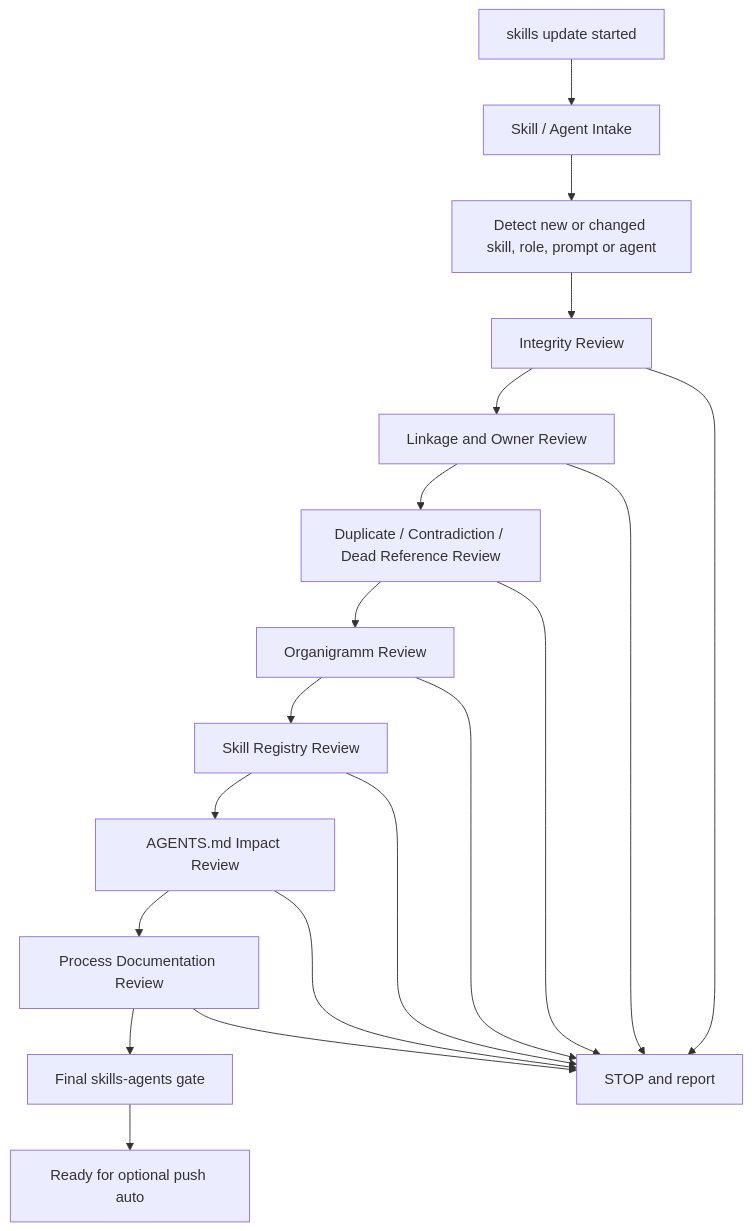
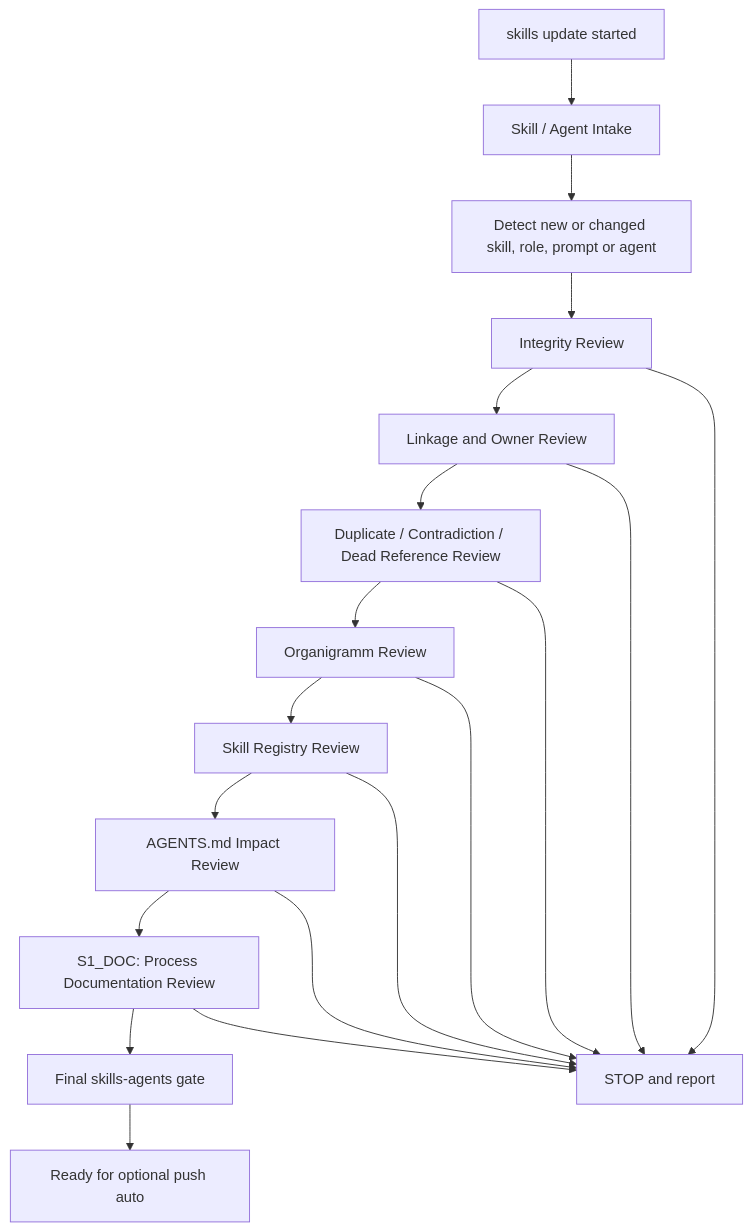
Before and after one commit to MatthiasBurger-Coder/forensic_analytics: the diagram in docs/process/skills-update.md, drawn with Mermaid. The commit also changed other lines of this file and 15 other files, not shown here.

````diff
--- a/docs/process/skills-update.md
+++ b/docs/process/skills-update.md
@@ -21,25 +25,25 @@
 ```mermaid
 flowchart TD
   Start["skills update started"]
   Intake["Skill / Agent Intake"]
   Detect["Detect new or changed skill, role, prompt or agent"]
   Integrity["Integrity Review"]
   Linkage["Linkage and Owner Review"]
   Conflict["Duplicate / Contradiction / Dead Reference Review"]
   Org["Organigramm Review"]
   Registry["Skill Registry Review"]
   Agents["AGENTS.md Impact Review"]
-  Docs["Process Documentation Review"]
+  Docs["S1_DOC: Process Documentation Review"]
   Gate["Final skills-agents gate"]
   Ready["Ready for optional push auto"]
   Stop["STOP and report"]
 
   Start --> Intake --> Detect --> Integrity --> Linkage --> Conflict --> Org --> Registry --> Agents --> Docs --> Gate --> Ready
   Integrity --> Stop
   Linkage --> Stop
   Conflict --> Stop
   Org --> Stop
   Registry --> Stop
   Agents --> Stop
   Docs --> Stop
 ```
````
